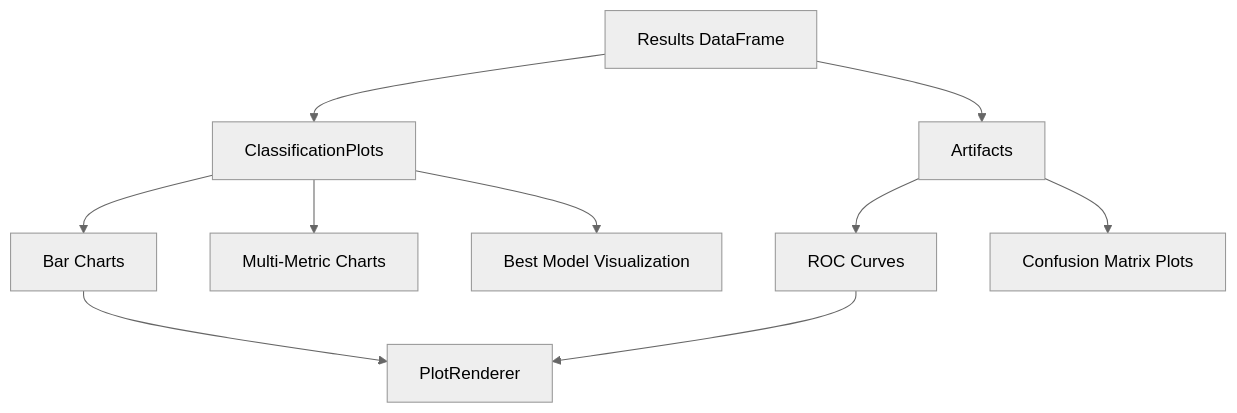
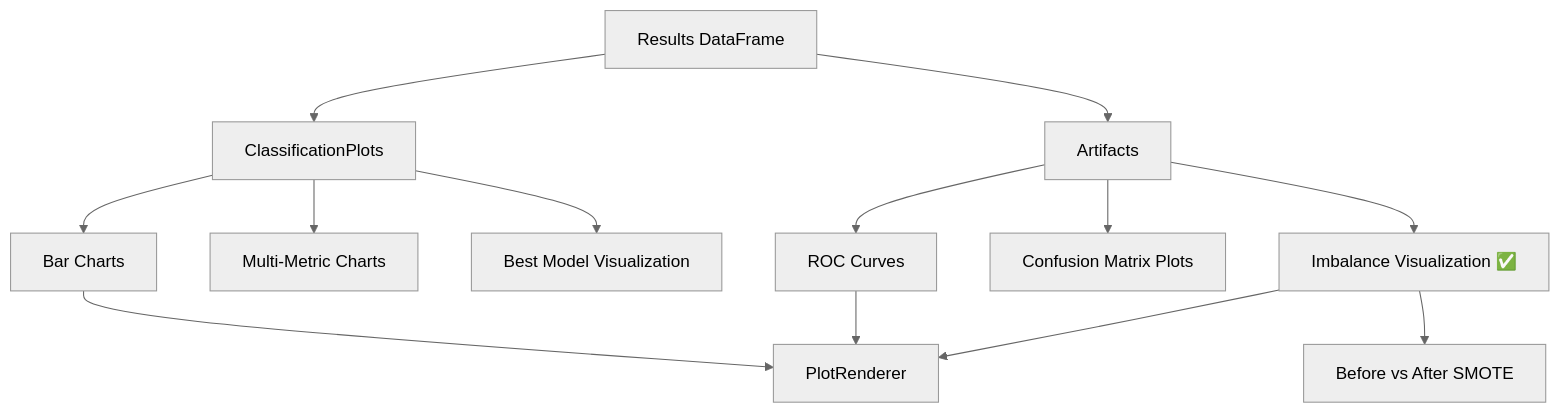
The fifth of 6 diagrams in lib/utility/machinelearning/README.md (abhinavssingh/python-learnings), drawn with Mermaid (neutral theme) before and after one commit. The commit also changed other lines of this file and 15 other files, not shown here.

````diff
--- a/lib/utility/machinelearning/README.md
+++ b/lib/utility/machinelearning/README.md
@@ -139,17 +154,21 @@
 ```mermaid
 flowchart TD
 
     A[Results DataFrame] --> B[ClassificationPlots]
 
     B --> C[Bar Charts]
     B --> D[Multi-Metric Charts]
     B --> E[Best Model Visualization]
 
     A --> F[Artifacts]
 
     F --> G[ROC Curves]
     F --> H[Confusion Matrix Plots]
+    F --> I[Imbalance Visualization ✅]
 
-    C --> I[PlotRenderer]
-    G --> I
+    I --> I1[Before vs After SMOTE]
+
+    C --> J[PlotRenderer]
+    G --> J
+    I --> J
 ```
````
